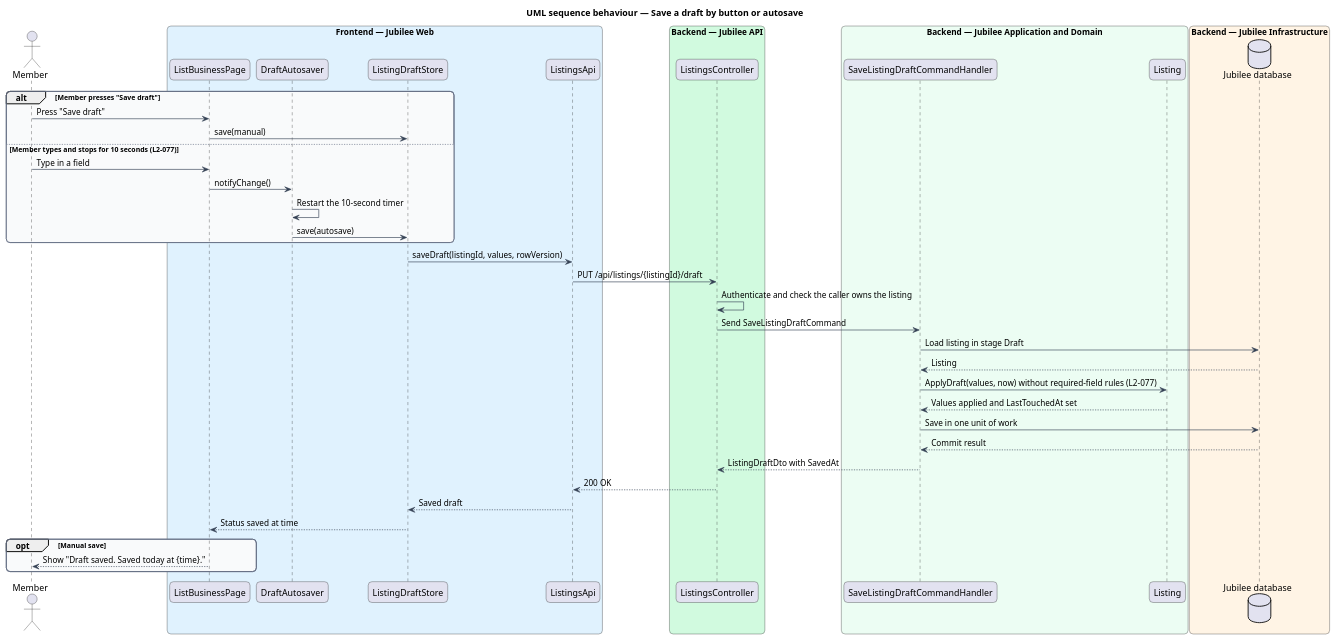
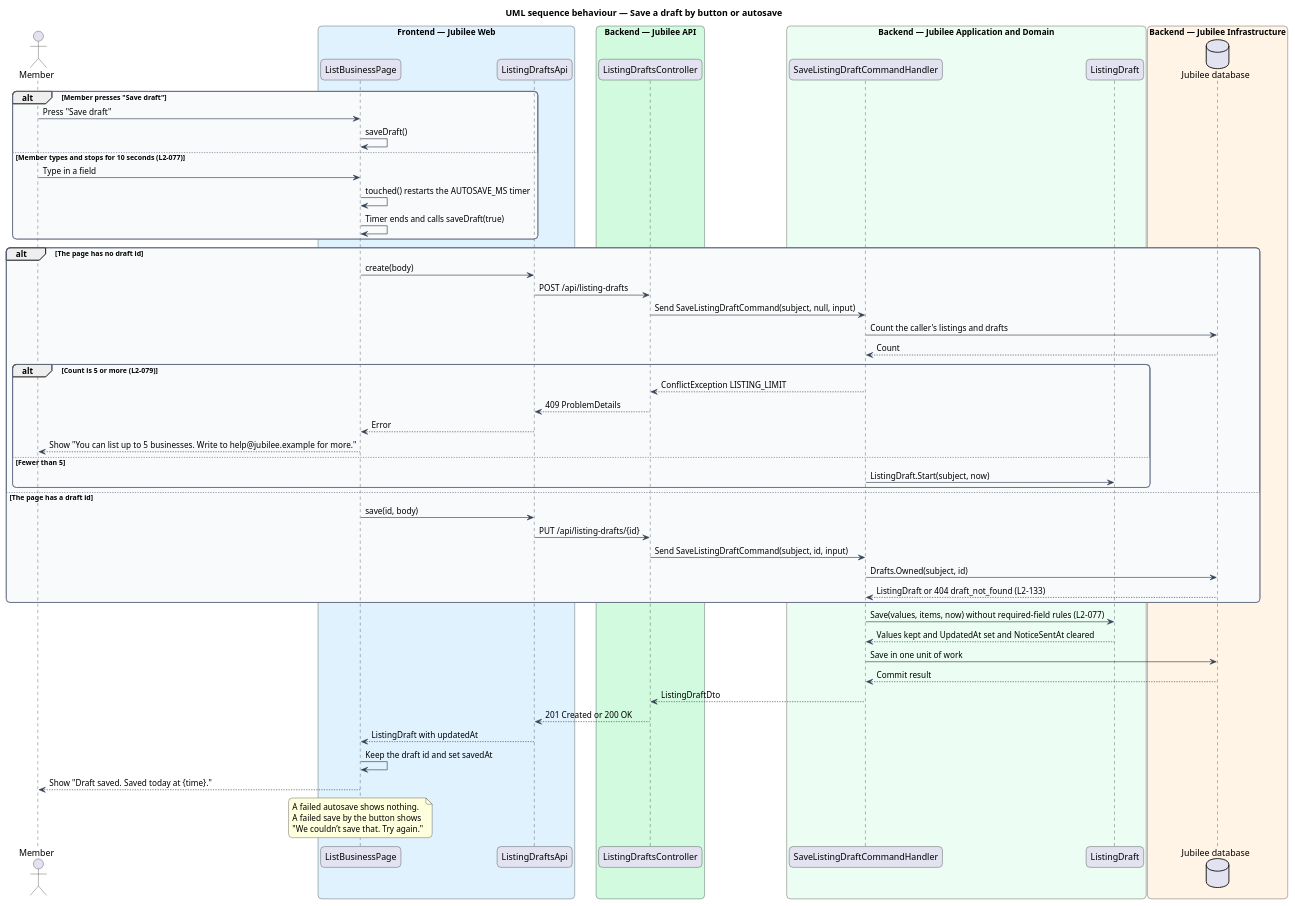
Before and after one commit to QuinntyneBrown/jubilee: the diagram in docs/detailed-designs/onboarding/save-draft/diagrams/sequence-save.puml, drawn with PlantUML. The commit also changed 43 other files, not shown here.

```diff
--- a/docs/detailed-designs/onboarding/save-draft/diagrams/sequence-save.puml
+++ b/docs/detailed-designs/onboarding/save-draft/diagrams/sequence-save.puml
@@ -1,60 +1,75 @@
 @startuml
 title UML sequence behaviour — Save a draft by button or autosave
 skinparam backgroundColor #FFFFFF
 skinparam shadowing false
 skinparam roundcorner 12
 skinparam defaultFontName Arial
 skinparam ArrowColor #344054
 skinparam rectangle {
   BorderColor #344054
   FontColor #101828
 }
 skinparam package {
   BorderColor #667085
   FontColor #101828
   BackgroundColor #F9FAFB
 }
 actor "Member" as actor
 box "Frontend — Jubilee Web" #E0F2FE
   participant "ListBusinessPage" as page
-  participant "DraftAutosaver" as auto
-  participant "ListingDraftStore" as store
-  participant "ListingsApi" as client
+  participant "ListingDraftsApi" as client
 end box
 box "Backend — Jubilee API" #D1FADF
-  participant "ListingsController" as controller
+  participant "ListingDraftsController" as controller
 end box
 box "Backend — Jubilee Application and Domain" #ECFDF3
   participant "SaveListingDraftCommandHandler" as handler
-  participant "Listing" as entity
+  participant "ListingDraft" as entity
 end box
 box "Backend — Jubilee Infrastructure" #FFF4E5
   database "Jubilee database" as db
 end box
 alt Member presses "Save draft"
   actor -> page : Press "Save draft"
-  page -> store : save(manual)
+  page -> page : saveDraft()
 else Member types and stops for 10 seconds (L2-077)
   actor -> page : Type in a field
-  page -> auto : notifyChange()
-  auto -> auto : Restart the 10-second timer
-  auto -> store : save(autosave)
+  page -> page : touched() restarts the AUTOSAVE_MS timer
+  page -> page : Timer ends and calls saveDraft(true)
 end
-store -> client : saveDraft(listingId, values, rowVersion)
-client -> controller : PUT /api/listings/{listingId}/draft
-controller -> controller : Authenticate and check the caller owns the listing
-controller -> handler : Send SaveListingDraftCommand
-handler -> db : Load listing in stage Draft
-db --> handler : Listing
-handler -> entity : ApplyDraft(values, now) without required-field rules (L2-077)
-entity --> handler : Values applied and LastTouchedAt set
+alt The page has no draft id
+  page -> client : create(body)
+  client -> controller : POST /api/listing-drafts
+  controller -> handler : Send SaveListingDraftCommand(subject, null, input)
+  handler -> db : Count the caller's listings and drafts
+  db --> handler : Count
+  alt Count is 5 or more (L2-079)
+    handler --> controller : ConflictException LISTING_LIMIT
+    controller --> client : 409 ProblemDetails
+    client --> page : Error
+    page --> actor : Show "You can list up to 5 businesses. Write to help@jubilee.example for more."
+  else Fewer than 5
+    handler -> entity : ListingDraft.Start(subject, now)
+  end
+else The page has a draft id
+  page -> client : save(id, body)
+  client -> controller : PUT /api/listing-drafts/{id}
+  controller -> handler : Send SaveListingDraftCommand(subject, id, input)
+  handler -> db : Drafts.Owned(subject, id)
+  db --> handler : ListingDraft or 404 draft_not_found (L2-133)
+end
+handler -> entity : Save(values, items, now) without required-field rules (L2-077)
+entity --> handler : Values kept and UpdatedAt set and NoticeSentAt cleared
 handler -> db : Save in one unit of work
 db --> handler : Commit result
-handler --> controller : ListingDraftDto with SavedAt
-controller --> client : 200 OK
-client --> store : Saved draft
-store --> page : Status saved at time
-opt Manual save
-  page --> actor : Show "Draft saved. Saved today at {time}."
-end
+handler --> controller : ListingDraftDto
+controller --> client : 201 Created or 200 OK
+client --> page : ListingDraft with updatedAt
+page -> page : Keep the draft id and set savedAt
+page --> actor : Show "Draft saved. Saved today at {time}."
+note over page
+  A failed autosave shows nothing.
+  A failed save by the button shows
+  "We couldn’t save that. Try again."
+end note
 @enduml
```
